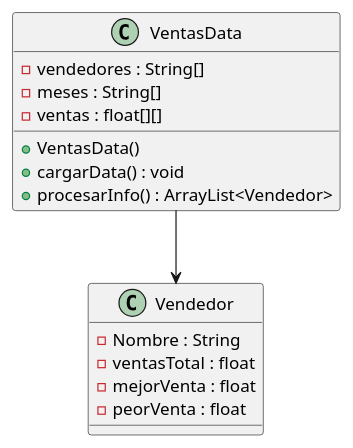
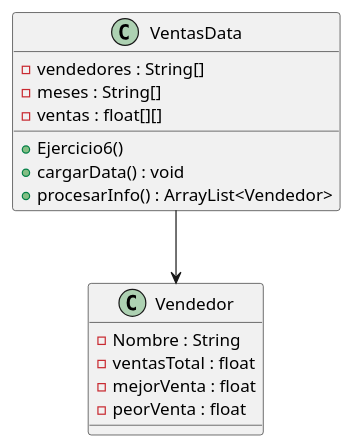
One commit to akrugort/Programacion1 changed the diagram in TP1-KRUG-NEVADO/Ejercicio 6/Ejercicio6.puml. Above: the diagram before and after it, drawn with PlantUML.

```diff
--- a/TP1-KRUG-NEVADO/Ejercicio 6/Ejercicio6.puml
+++ b/TP1-KRUG-NEVADO/Ejercicio 6/Ejercicio6.puml
@@ -1,21 +1,21 @@
 @startuml Ejercicio_6
 
 class VentasData{
     -vendedores : String[]
     -meses : String[]
     -ventas : float[][]
-    +VentasData()
+    +Ejercicio6()    
     +cargarData() : void 
     +procesarInfo() : ArrayList<Vendedor> 
 }
 
 class Vendedor{
     -Nombre : String 
     -ventasTotal : float 
     -mejorVenta : float 
     -peorVenta : float 
 }
 
 VentasData --> Vendedor
 
 @enduml
```
